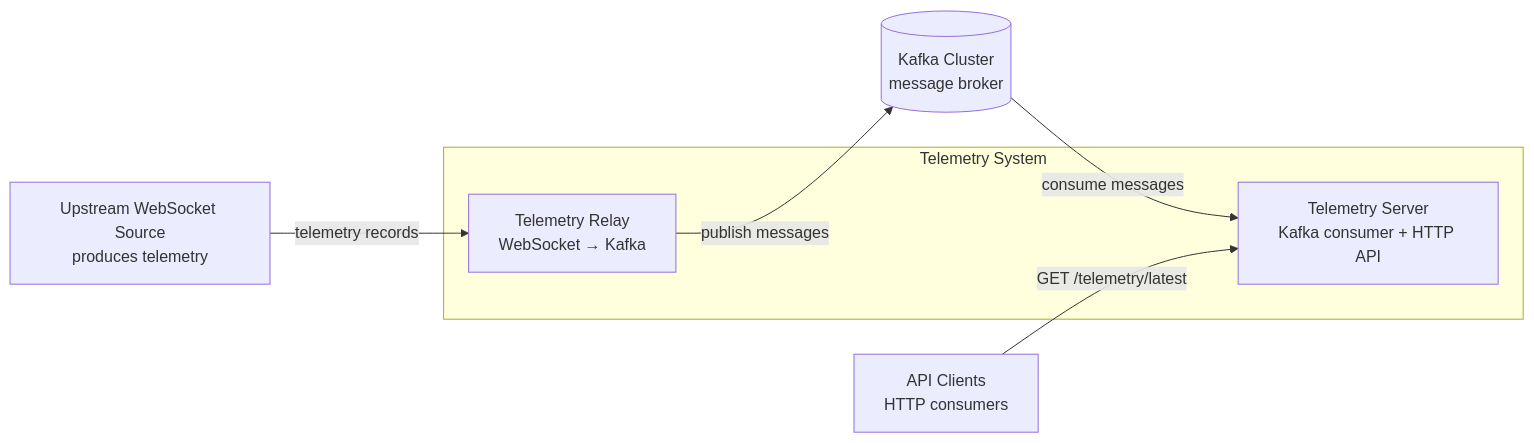
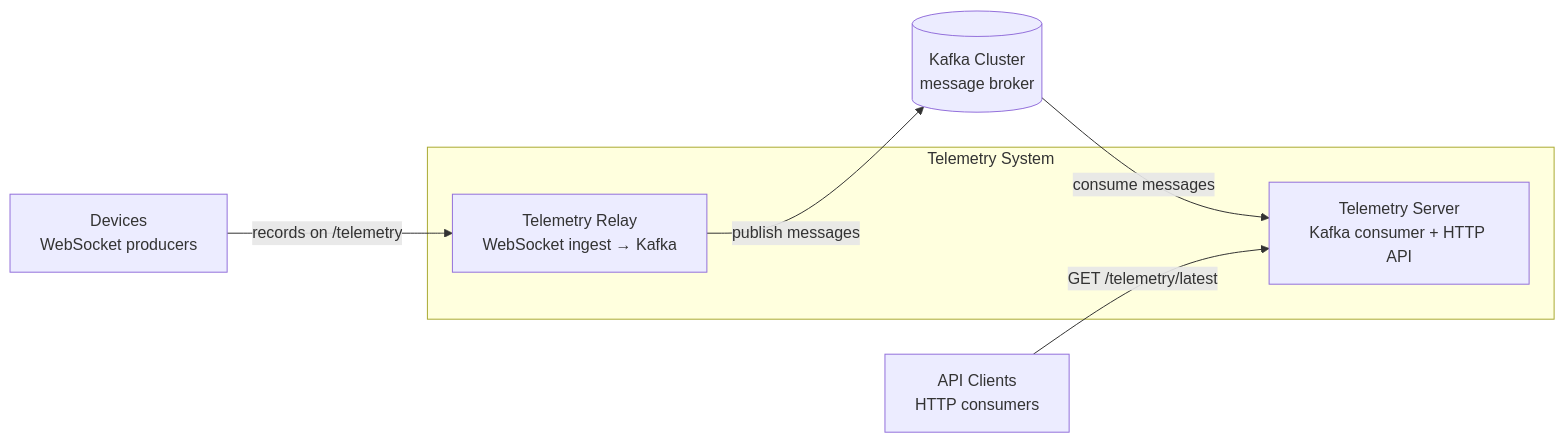
Before and after one commit to mfloriach/telemetry-service: the first of 2 diagrams in docs/architecture.md, drawn with Mermaid. The commit also changed other lines of this file and 24 other files, not shown here.

````diff
--- a/docs/architecture.md
+++ b/docs/architecture.md
@@ -33,19 +30,19 @@
 ```mermaid
 flowchart LR
     %% External actors and systems
-    UWS[Upstream WebSocket Source<br/>produces telemetry]
+    DEV[Devices<br/>WebSocket producers]
     KAFKA[(Kafka Cluster<br/>message broker)]
     API[API Clients<br/>HTTP consumers]
 
     %% System boundary
     subgraph TEL[Telemetry System]
-        RELAY[Telemetry Relay<br/>WebSocket → Kafka]
+        RELAY[Telemetry Relay<br/>WebSocket ingest → Kafka]
         SERVER[Telemetry Server<br/>Kafka consumer + HTTP API]
     end
 
     %% Data flows
-    UWS -->|telemetry records| RELAY
+    DEV -->|records on /telemetry| RELAY
     RELAY -->|publish messages| KAFKA
     KAFKA -->|consume messages| SERVER
     API -->|GET /telemetry/latest| SERVER
 ```
````
